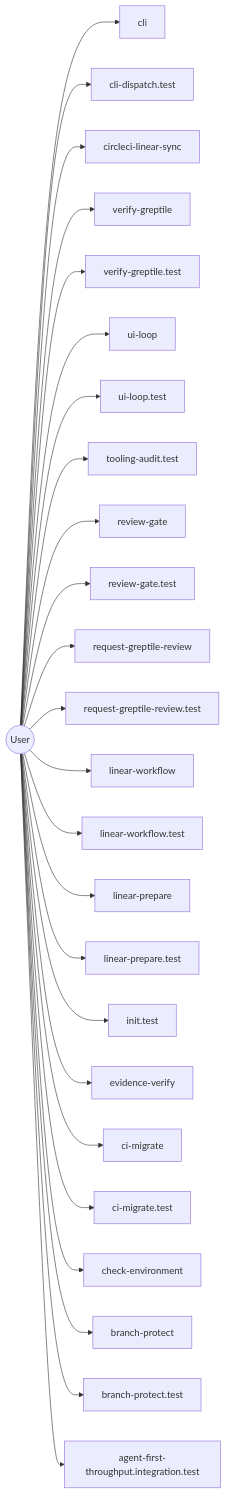
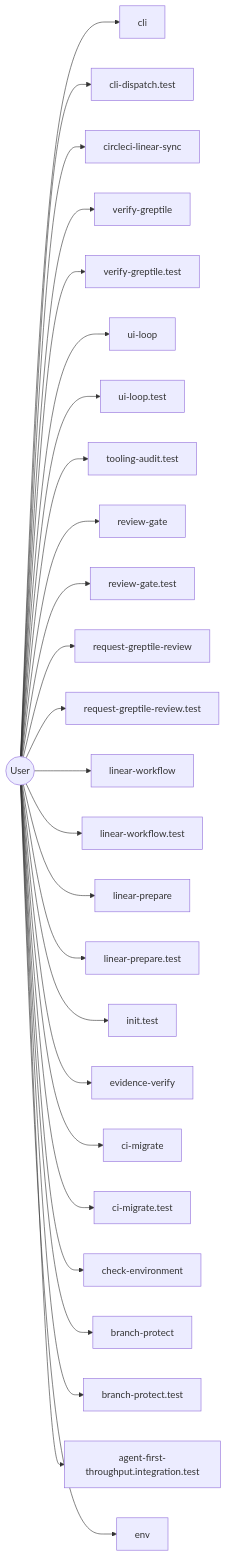
The diagram in AI/diagrams/user.mmd (jscraik/coding-harness), drawn with Mermaid before and after one commit. The commit also changed 6 other files, not shown here.

Commit message:
chore(diagrams): auto-refresh architecture diagrams

```diff
--- a/AI/diagrams/user.mmd
+++ b/AI/diagrams/user.mmd
@@ -1,51 +1,53 @@
 flowchart LR
   User(("User"))
   cli_99bb8840["cli"]
   User --> cli_99bb8840
   cli_dispatch_test_54c9f17b["cli-dispatch.test"]
   User --> cli_dispatch_test_54c9f17b
   circleci_linear_sync_19c0d6da["circleci-linear-sync"]
   User --> circleci_linear_sync_19c0d6da
   verify_greptile_227190f7["verify-greptile"]
   User --> verify_greptile_227190f7
   verify_greptile_test_17404b05["verify-greptile.test"]
   User --> verify_greptile_test_17404b05
   ui_loop_11660889["ui-loop"]
   User --> ui_loop_11660889
   ui_loop_test_f0eabc42["ui-loop.test"]
   User --> ui_loop_test_f0eabc42
   tooling_audit_test_d2aee28c["tooling-audit.test"]
   User --> tooling_audit_test_d2aee28c
   review_gate_09b579c4["review-gate"]
   User --> review_gate_09b579c4
   review_gate_test_000e2ed6["review-gate.test"]
   User --> review_gate_test_000e2ed6
   request_greptile_review_851df233["request-greptile-review"]
   User --> request_greptile_review_851df233
   request_greptile_review_test_b073e76e["request-greptile-review.test"]
   User --> request_greptile_review_test_b073e76e
   linear_workflow_c5cb6267["linear-workflow"]
   User --> linear_workflow_c5cb6267
   linear_workflow_test_a351dcb0["linear-workflow.test"]
   User --> linear_workflow_test_a351dcb0
   linear_prepare_0c613ba6["linear-prepare"]
   User --> linear_prepare_0c613ba6
   linear_prepare_test_678f11a9["linear-prepare.test"]
   User --> linear_prepare_test_678f11a9
   init_test_cbba76a6["init.test"]
   User --> init_test_cbba76a6
   evidence_verify_3b73c290["evidence-verify"]
   User --> evidence_verify_3b73c290
   ci_migrate_78bb70b1["ci-migrate"]
   User --> ci_migrate_78bb70b1
   ci_migrate_test_2a015bb9["ci-migrate.test"]
   User --> ci_migrate_test_2a015bb9
   check_environment_fe68d4be["check-environment"]
   User --> check_environment_fe68d4be
   branch_protect_b9d345eb["branch-protect"]
   User --> branch_protect_b9d345eb
   branch_protect_test_c8d80aab["branch-protect.test"]
   User --> branch_protect_test_c8d80aab
   agent_first_throughput_integration_test_dc677cc4["agent-first-throughput.integration.test"]
   User --> agent_first_throughput_integration_test_dc677cc4
+  env_b77349bf["env"]
+  User --> env_b77349bf
   classDef userNode fill:#16a34a,color:#fff
```
